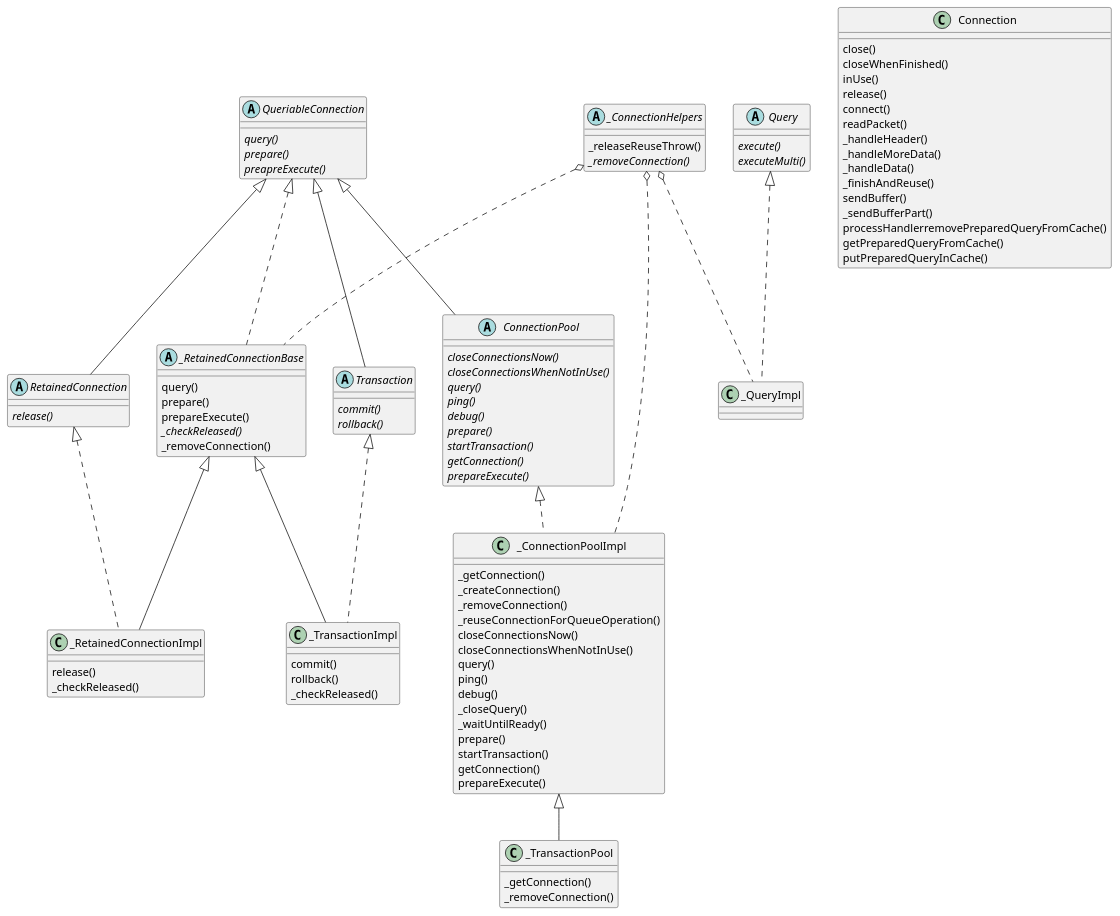
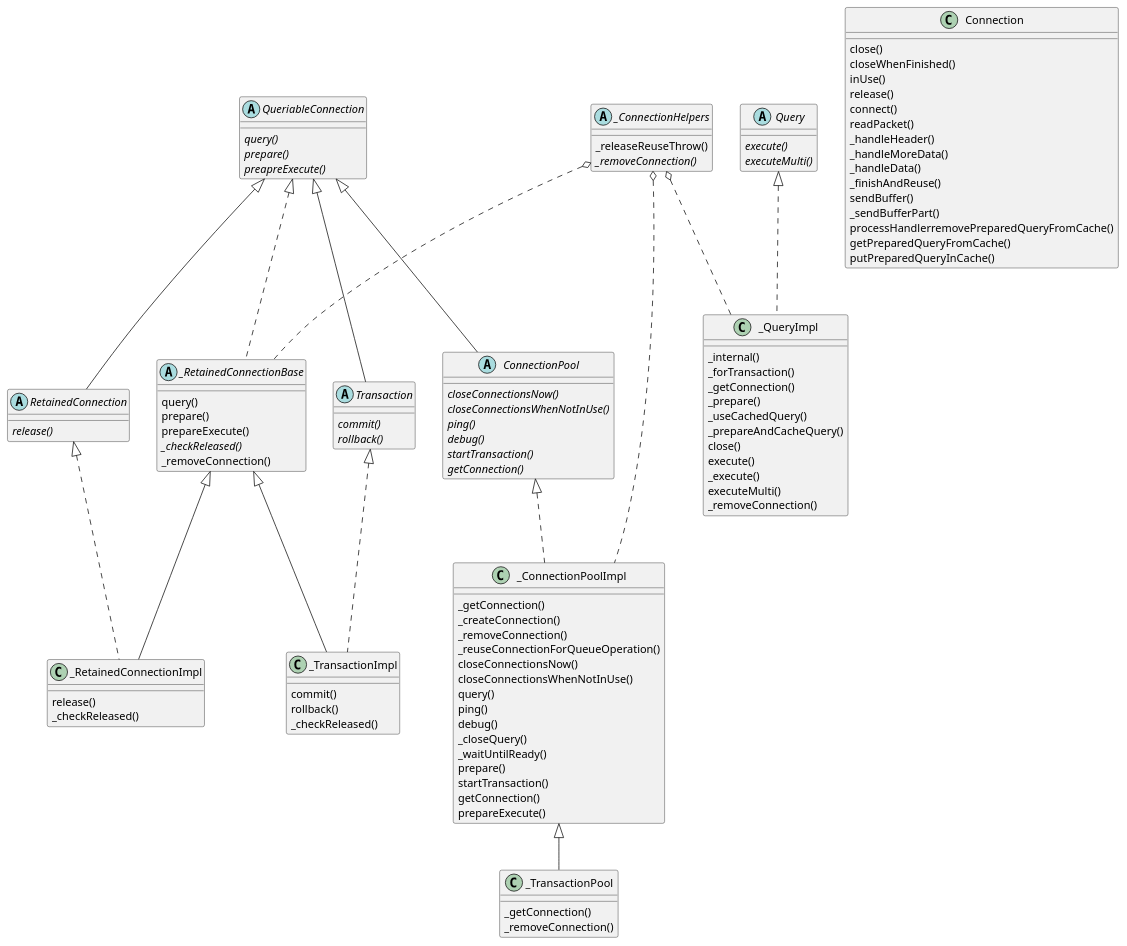
One commit to dart-drivers/mysql changed the diagram in classes.puml. Above: the diagram before and after it, drawn with PlantUML. The commit also changed 1 other file, not shown here.

Commit message:
Update UML
Also remove duplicated things in abstract class

```diff
--- a/classes.puml
+++ b/classes.puml
@@ -1,109 +1,119 @@
 @startuml
 /'
 <|-- extends
 <|.. implements
 o-- mixin
 '/
 
 abstract class _ConnectionHelpers {
   _releaseReuseThrow()
   {abstract} _removeConnection()
 }
 abstract class QueriableConnection {
   {abstract} query()
   {abstract} prepare()
   {abstract} preapreExecute()
 }
 abstract class RetainedConnection {
   {abstract} release()
 }
 abstract class _RetainedConnectionBase {
   query()
   prepare()
   prepareExecute()
   {abstract} _checkReleased()
   _removeConnection()
 }
 abstract class Transaction {
   {abstract} commit()
   {abstract} rollback()
 }
 abstract class ConnectionPool {
   {abstract} closeConnectionsNow()
   {abstract} closeConnectionsWhenNotInUse()
-  {abstract} query()
   {abstract} ping()
   {abstract} debug()
-  {abstract} prepare()
   {abstract} startTransaction()
   {abstract} getConnection()
-  {abstract} prepareExecute()
 }
 abstract class Query {
   {abstract} execute()
   {abstract} executeMulti()
 }
 class Connection {
   close()
   closeWhenFinished()
   inUse()
   release()
   connect()
   readPacket()
   _handleHeader()
   _handleMoreData()
   _handleData()
   _finishAndReuse()
   sendBuffer()
   _sendBufferPart()
   processHandlerremovePreparedQueryFromCache()
   getPreparedQueryFromCache()
   putPreparedQueryInCache()
 }
 class _RetainedConnectionImpl {
   release()
   _checkReleased()
 }
 class _TransactionImpl {
   commit()
   rollback()
   _checkReleased()
 }
 class _TransactionPool {
   _getConnection()
   _removeConnection()
 }
 class _ConnectionPoolImpl {
   _getConnection()
   _createConnection()
   _removeConnection()
   _reuseConnectionForQueueOperation()
   closeConnectionsNow()
   closeConnectionsWhenNotInUse()
   query()
   ping()
   debug()
   _closeQuery()
   _waitUntilReady()
   prepare()
   startTransaction()
   getConnection()
   prepareExecute()
 }
+class _QueryImpl {
+  _internal()
+  _forTransaction()
+  _getConnection()
+  _prepare()
+  _useCachedQuery()
+  _prepareAndCacheQuery()
+  close()
+  execute()
+  _execute()
+  executeMulti()
+  _removeConnection()
+}
 
 _ConnectionHelpers o.. _RetainedConnectionBase
 _ConnectionHelpers o.. _QueryImpl
 _ConnectionHelpers o.. _ConnectionPoolImpl
 Query <|.. _QueryImpl
 ConnectionPool <|.. _ConnectionPoolImpl
 QueriableConnection <|-- Transaction
 QueriableConnection <|-- ConnectionPool
 QueriableConnection <|-- RetainedConnection
 QueriableConnection <|.. _RetainedConnectionBase
 RetainedConnection <|.. _RetainedConnectionImpl
 _RetainedConnectionBase <|-- _RetainedConnectionImpl
 Transaction <|.. _TransactionImpl
 _RetainedConnectionBase <|-- _TransactionImpl
 _ConnectionPoolImpl <|-- _TransactionPool
 
 @enduml
```
